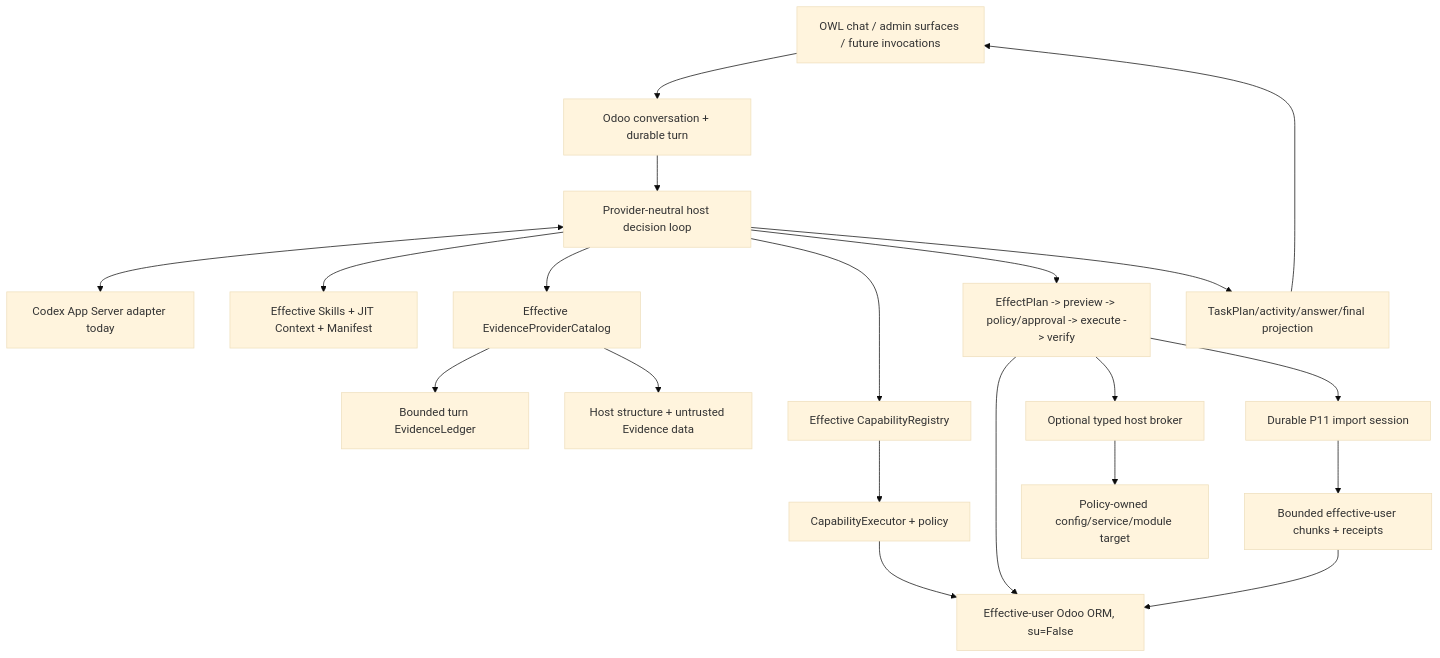
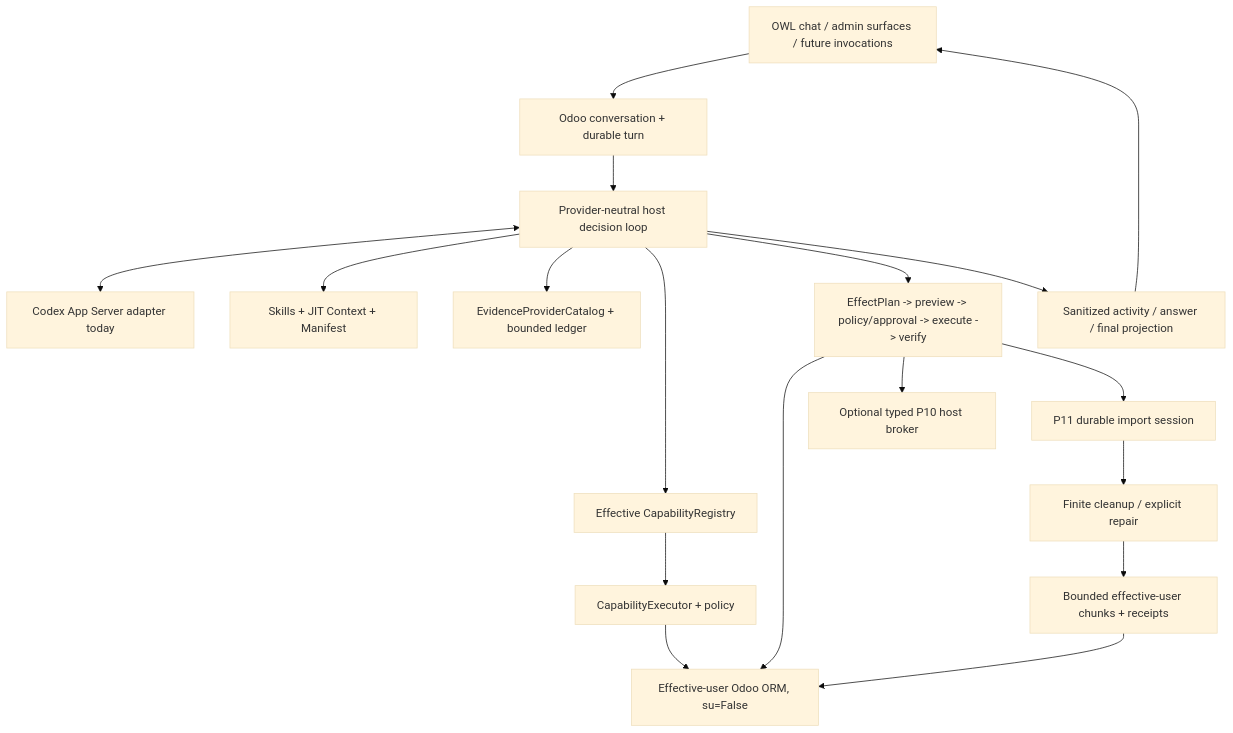
Before and after one commit to CPX-001/ai-odoo-assistant: the diagram in docs/README.md, drawn with Mermaid (base theme). The commit also changed other lines of this file, not shown here.

Commit message:
docs(p11): index cleanup and repair core

````diff
--- a/docs/README.md
+++ b/docs/README.md
@@ -40,22 +40,20 @@
 ```mermaid
 flowchart TB
     UI[OWL chat / admin surfaces / future invocations] --> TURN[Odoo conversation + durable turn]
     TURN --> HOST[Provider-neutral host decision loop]
     HOST <--> MODEL[Codex App Server adapter today]
-    HOST --> EXT[Effective Skills + JIT Context + Manifest]
-    HOST --> EVC[Effective EvidenceProviderCatalog]
-    EVC --> LEDGER[Bounded turn EvidenceLedger]
-    EVC --> EDATA[Host structure + untrusted Evidence data]
+    HOST --> EXT[Skills + JIT Context + Manifest]
+    HOST --> EVC[EvidenceProviderCatalog + bounded ledger]
     HOST --> CAT[Effective CapabilityRegistry]
     CAT --> EXEC[CapabilityExecutor + policy]
     EXEC --> ORM[Effective-user Odoo ORM, su=False]
     HOST --> EFFECT[EffectPlan -> preview -> policy/approval -> execute -> verify]
     EFFECT --> ORM
-    EFFECT --> BROKER[Optional typed host broker]
-    BROKER --> TARGET[Policy-owned config/service/module target]
-    EFFECT --> IMPORT[Durable P11 import session]
-    IMPORT --> CHUNK[Bounded effective-user chunks + receipts]
+    EFFECT --> BROKER[Optional typed P10 host broker]
+    EFFECT --> IMPORT[P11 durable import session]
+    IMPORT --> CLEAN[Finite cleanup / explicit repair]
+    CLEAN --> CHUNK[Bounded effective-user chunks + receipts]
     CHUNK --> ORM
-    HOST --> LIVE[TaskPlan/activity/answer/final projection]
+    HOST --> LIVE[Sanitized activity / answer / final projection]
     LIVE --> UI
 ```
````
